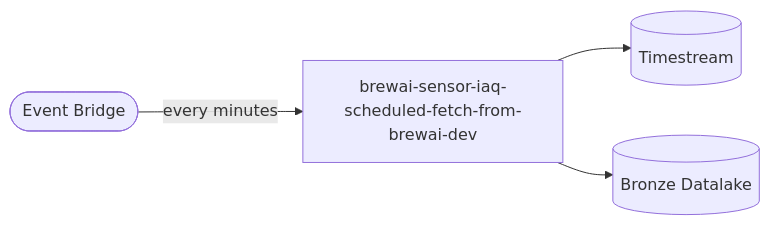
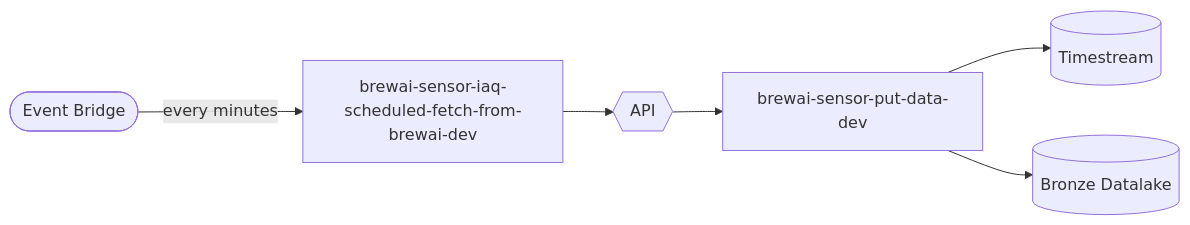
One commit to MrEthic/FAIC-Forecasting-Indoor changed the fourth of 7 diagrams in README.md. Above: the diagram before and after it, drawn with Mermaid. The commit also changed other lines of this file and 7 other files, not shown here.

````diff
--- a/README.md
+++ b/README.md
@@ -376,11 +397,13 @@
 ```mermaid
     flowchart LR
         event([Event Bridge])
+        api{{API}}
         l[brewai-sensor-iaq-scheduled-fetch-from-brewai-dev]
+        l2[brewai-sensor-put-data-dev]
         db[(Timestream)]
         s3[(Bronze Datalake)]
 
-        event-- every minutes -->l
-        l-->db
-        l-->s3
+        event-- every minutes -->l-->api-->l2
+        l2-->db
+        l2-->s3
 ```
````
